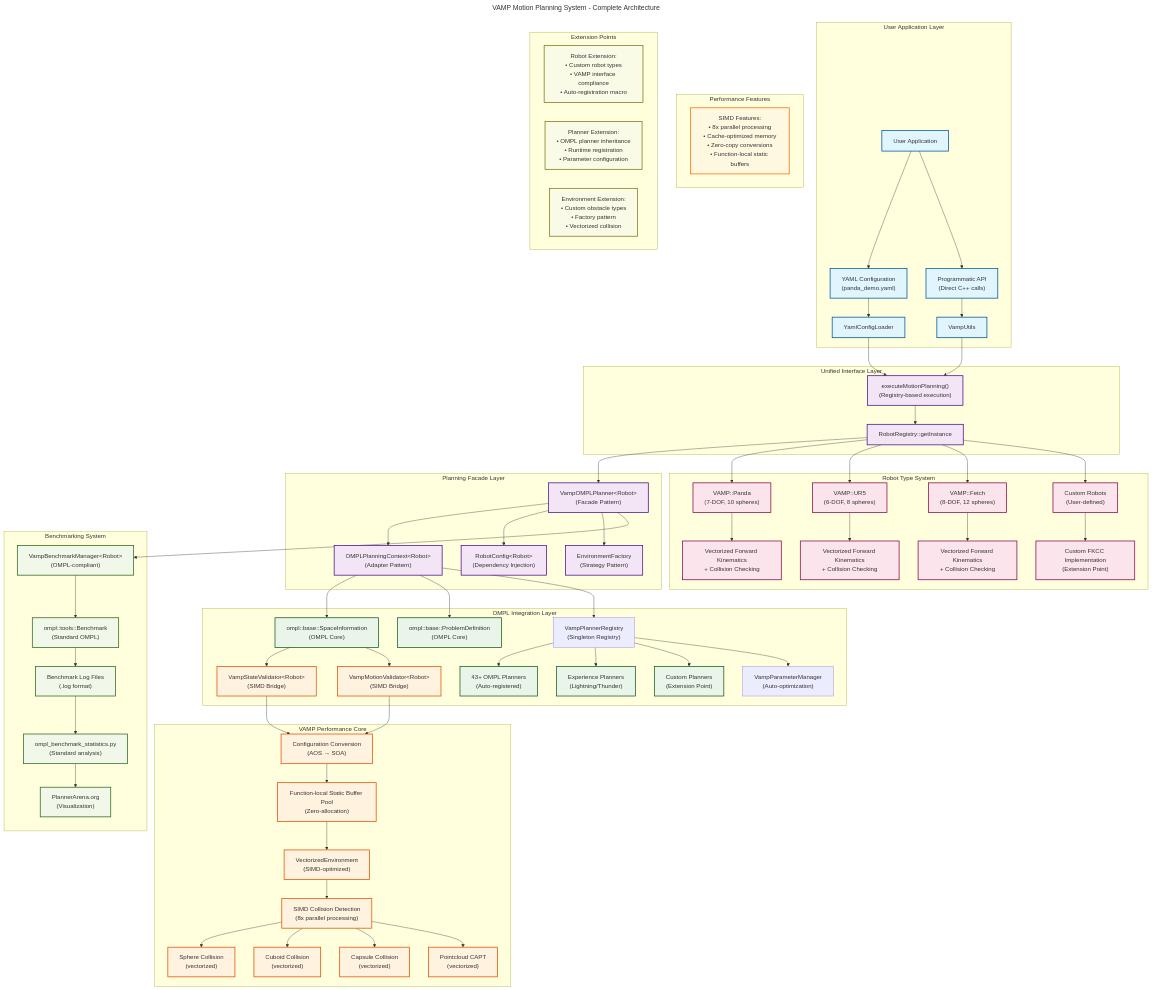
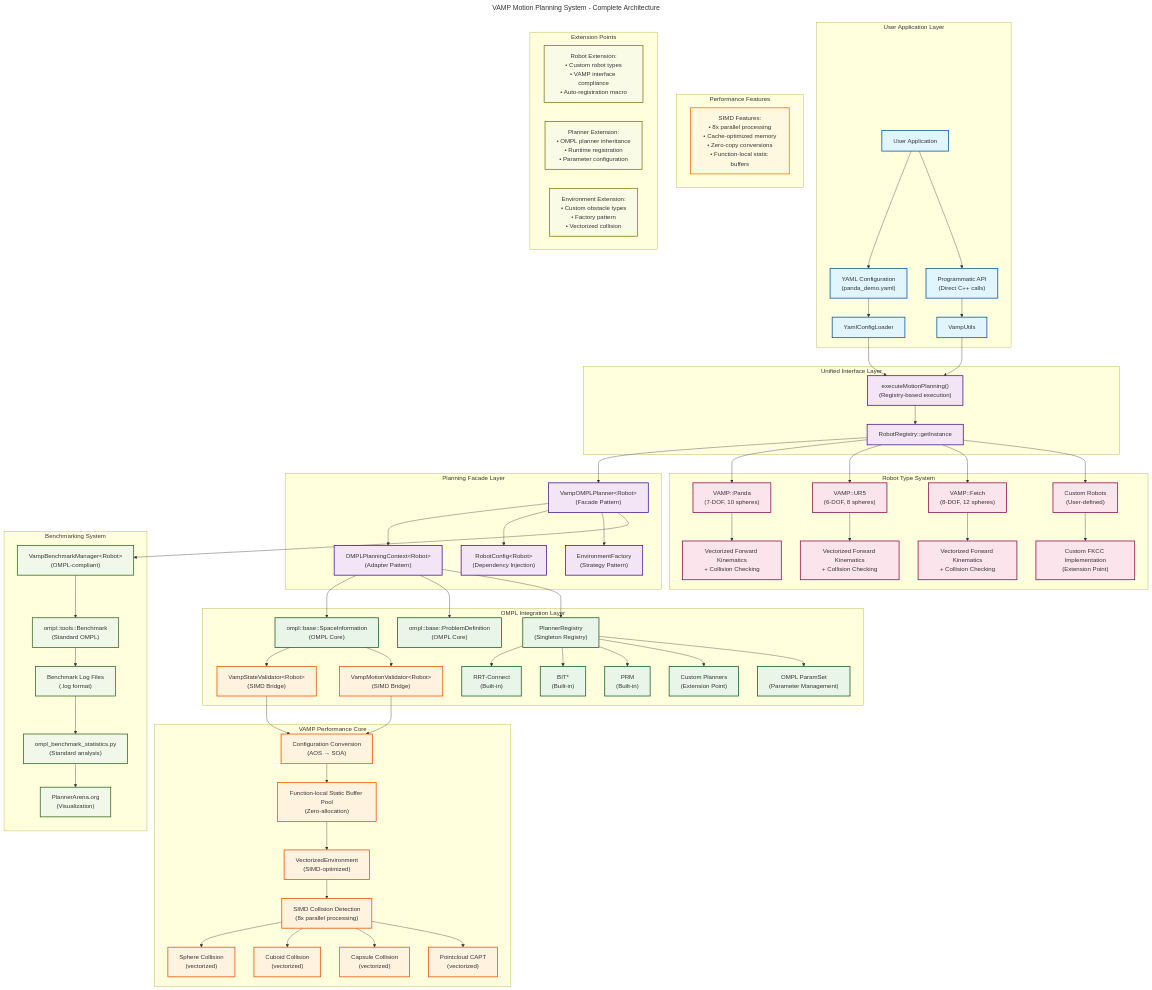
Before and after one commit to ompl/ompl: the diagram in demos/Vamp/docs/diagrams/01-system-architecture-overview.mmd, drawn with Mermaid. The commit also changed 6 other files, not shown here.

```diff
--- a/demos/Vamp/docs/diagrams/01-system-architecture-overview.mmd
+++ b/demos/Vamp/docs/diagrams/01-system-architecture-overview.mmd
@@ -1,110 +1,111 @@
 ---
 title: "VAMP Motion Planning System - Complete Architecture"
 ---
 graph TB
     %% User Interface Layer
     subgraph "User Application Layer"
         A[User Application] --> B["YAML Configuration<br/>(panda_demo.yaml)"]
         A --> C["Programmatic API<br/>(Direct C++ calls)"]
         B --> YL[YamlConfigLoader]
         C --> VU[VampUtils]
     end
     
     %% Unified Interface Layer
     subgraph "Unified Interface Layer"
         YL --> ER["executeMotionPlanning()<br/>(Registry-based execution)"]
         VU --> ER
         ER --> RR[RobotRegistry::getInstance]
     end
     
     %% Planning Facade Layer
     subgraph "Planning Facade Layer"
         RR --> VOP["VampOMPLPlanner&lt;Robot&gt;<br/>(Facade Pattern)"]
         VOP --> OPC["OMPLPlanningContext&lt;Robot&gt;<br/>(Adapter Pattern)"]
         VOP --> RC["RobotConfig&lt;Robot&gt;<br/>(Dependency Injection)"]
         VOP --> EF["EnvironmentFactory<br/>(Strategy Pattern)"]
     end
     
     %% OMPL Integration Layer
     subgraph "OMPL Integration Layer"
         OPC --> SI["ompl::base::SpaceInformation<br/>(OMPL Core)"]
         OPC --> PD["ompl::base::ProblemDefinition<br/>(OMPL Core)"]
-        OPC --> VPR["VampPlannerRegistry<br/>(Singleton Registry)"]
+        OPC --> PR["PlannerRegistry<br/>(Singleton Registry)"]
         
         SI --> VSV["VampStateValidator&lt;Robot&gt;<br/>(SIMD Bridge)"]
         SI --> VMV["VampMotionValidator&lt;Robot&gt;<br/>(SIMD Bridge)"]
         
-        VPR --> OP1["43+ OMPL Planners<br/>(Auto-registered)"]
-        VPR --> OP2["Experience Planners<br/>(Lightning/Thunder)"]
-        VPR --> OPN["Custom Planners<br/>(Extension Point)"]
+        PR --> OP1["RRT-Connect<br/>(Built-in)"]
+        PR --> OP2["BIT*<br/>(Built-in)"]
+        PR --> OP3["PRM<br/>(Built-in)"]
+        PR --> OPN["Custom Planners<br/>(Extension Point)"]
         
-        VPR --> VPM["VampParameterManager<br/>(Auto-optimization)"]
+        PR --> PM["OMPL ParamSet<br/>(Parameter Management)"]
     end
     
     %% VAMP Performance Core
     subgraph "VAMP Performance Core"
         VSV --> CC["Configuration Conversion<br/>(AOS → SOA)"]
         VMV --> CC
         CC --> TLB["Function-local Static Buffer Pool<br/>(Zero-allocation)"]
         TLB --> VE["VectorizedEnvironment<br/>(SIMD-optimized)"]
         
         VE --> SC["SIMD Collision Detection<br/>(8x parallel processing)"]
         SC --> SPHERE["Sphere Collision<br/>(vectorized)"]
         SC --> CUBOID["Cuboid Collision<br/>(vectorized)"]
         SC --> CAPSULE["Capsule Collision<br/>(vectorized)"]
         SC --> CLOUD["Pointcloud CAPT<br/>(vectorized)"]
     end
     
     %% Robot Type System
     subgraph "Robot Type System"
         RR --> RT1["VAMP::Panda<br/>(7-DOF, 10 spheres)"]
         RR --> RT2["VAMP::UR5<br/>(6-DOF, 8 spheres)"]
         RR --> RT3["VAMP::Fetch<br/>(8-DOF, 12 spheres)"]
         RR --> RTC["Custom Robots<br/>(User-defined)"]
         
         RT1 --> FKCC1["Vectorized Forward Kinematics<br/>+ Collision Checking"]
         RT2 --> FKCC2["Vectorized Forward Kinematics<br/>+ Collision Checking"]
         RT3 --> FKCC3["Vectorized Forward Kinematics<br/>+ Collision Checking"]
         RTC --> FKCCC["Custom FKCC Implementation<br/>(Extension Point)"]
     end
     
     %% Benchmarking System
     subgraph "Benchmarking System"
         VOP --> VBM["VampBenchmarkManager&lt;Robot&gt;<br/>(OMPL-compliant)"]
         VBM --> OB["ompl::tools::Benchmark<br/>(Standard OMPL)"]
         OB --> BL["Benchmark Log Files<br/>(.log format)"]
         BL --> OBS["ompl_benchmark_statistics.py<br/>(Standard analysis)"]
         OBS --> PA["PlannerArena.org<br/>(Visualization)"]
     end
     
     %% Performance Features
     subgraph "Performance Features"
         SIMD_FEAT["SIMD Features:<br/>• 8x parallel processing<br/>• Cache-optimized memory<br/>• Zero-copy conversions<br/>• Function-local static buffers"]
     end
     
     %% Extension Points
     subgraph "Extension Points"
         EXT_ROBOT["Robot Extension:<br/>• Custom robot types<br/>• VAMP interface compliance<br/>• Auto-registration macro"]
         EXT_PLAN["Planner Extension:<br/>• OMPL planner inheritance<br/>• Runtime registration<br/>• Parameter configuration"]
         EXT_ENV["Environment Extension:<br/>• Custom obstacle types<br/>• Factory pattern<br/>• Vectorized collision"]
     end
     
     %% Style definitions
     classDef userLayer fill:#e1f5fe,stroke:#01579b,stroke-width:2px
     classDef facadeLayer fill:#f3e5f5,stroke:#4a148c,stroke-width:2px
     classDef omplLayer fill:#e8f5e8,stroke:#1b5e20,stroke-width:2px
     classDef vampLayer fill:#fff3e0,stroke:#e65100,stroke-width:2px
     classDef robotLayer fill:#fce4ec,stroke:#880e4f,stroke-width:2px
     classDef benchLayer fill:#f1f8e9,stroke:#33691e,stroke-width:2px
     classDef perfLayer fill:#fff8e1,stroke:#ff6f00,stroke-width:2px
     classDef extLayer fill:#f9fbe7,stroke:#827717,stroke-width:2px
     
     %% Apply styles
     class A,B,C,YL,VU userLayer
     class ER,RR,VOP,OPC,RC,EF facadeLayer
-    class SI,PD,PF,OP1,OP2,OP3,OPN omplLayer
+    class SI,PD,PR,OP1,OP2,OP3,OPN,PM omplLayer
     class VSV,VMV,CC,TLB,VE,SC,SPHERE,CUBOID,CAPSULE,CLOUD vampLayer
     class RT1,RT2,RT3,RTC,FKCC1,FKCC2,FKCC3,FKCCC robotLayer
     class VBM,OB,BL,OBS,PA benchLayer
     class SIMD_FEAT perfLayer
     class EXT_ROBOT,EXT_PLAN,EXT_ENV extLayer
```
